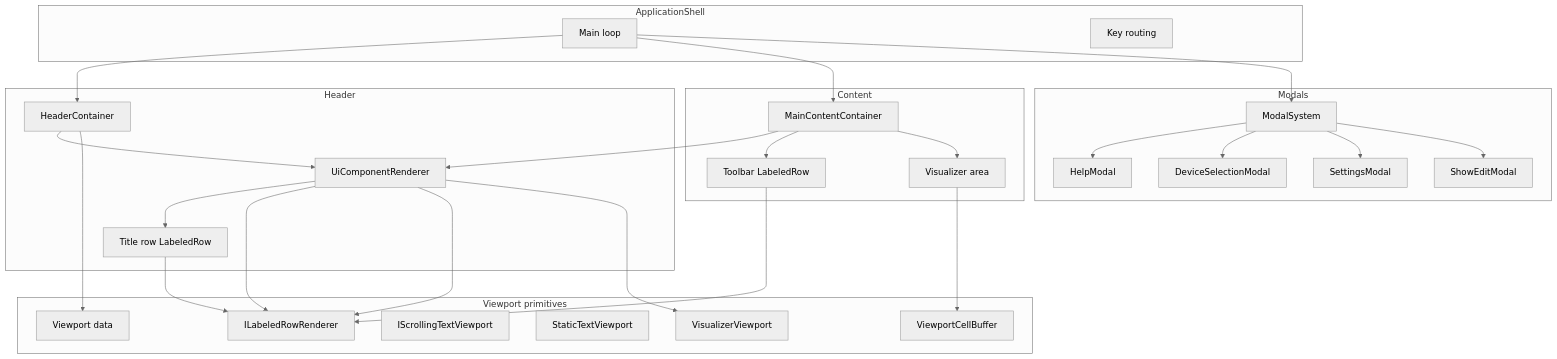
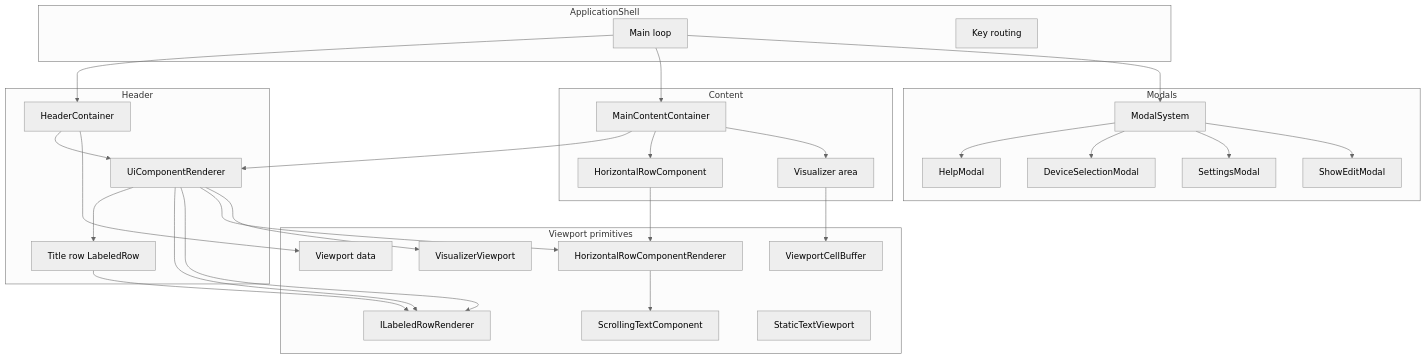
One commit to CzarSibelius/AudioAnalyzer changed the diagram in docs/ui-components.md. Above: the diagram before and after it, drawn with Mermaid (neutral theme). The commit also changed other lines of this file and 14 other files, not shown here.

````diff
--- a/docs/ui-components.md
+++ b/docs/ui-components.md
@@ -88,56 +90,59 @@
 ```mermaid
 flowchart TB
   subgraph shell [ApplicationShell]
     MainLoop[Main loop]
     KeyRouter[Key routing]
   end
 
   subgraph header [Header]
     HeaderContainer[HeaderContainer]
     ComponentRenderer[UiComponentRenderer]
     TitleRow[Title row LabeledRow]
   end
 
   subgraph modals [Modals]
     ModalSystem[ModalSystem]
     Help[HelpModal]
     Device[DeviceSelectionModal]
     Settings[SettingsModal]
     ShowEdit[ShowEditModal]
   end
 
   subgraph content [Content]
     MainContent[MainContentContainer]
-    ToolbarRow[Toolbar LabeledRow]
+    ToolbarRow[HorizontalRowComponent]
     VisualizerArea[Visualizer area]
   end
 
   subgraph primitives [Viewport primitives]
     ViewportData[Viewport data]
     RowRenderer[ILabeledRowRenderer]
-    ScrollingVP[IScrollingTextViewport]
+    ScrollingTextComp[ScrollingTextComponent]
+    HorizontalRowRenderer[HorizontalRowComponentRenderer]
     StaticVP[StaticTextViewport]
     VisualizerVP[VisualizerViewport]
     CellBuffer[ViewportCellBuffer]
   end
 
   MainLoop --> HeaderContainer
   MainLoop --> MainContent
   MainLoop --> ModalSystem
   HeaderContainer --> ComponentRenderer
   HeaderContainer --> ViewportData
   ComponentRenderer --> TitleRow
   ComponentRenderer --> RowRenderer
   ModalSystem --> Help
   ModalSystem --> Device
   ModalSystem --> Settings
   ModalSystem --> ShowEdit
   MainContent --> ComponentRenderer
   MainContent --> ToolbarRow
   MainContent --> VisualizerArea
   ComponentRenderer --> RowRenderer
+  ComponentRenderer --> HorizontalRowRenderer
   ComponentRenderer --> VisualizerVP
   TitleRow --> RowRenderer
-  ToolbarRow --> RowRenderer
+  ToolbarRow --> HorizontalRowRenderer
+  HorizontalRowRenderer --> ScrollingTextComp
   VisualizerArea --> CellBuffer
 ```
````
